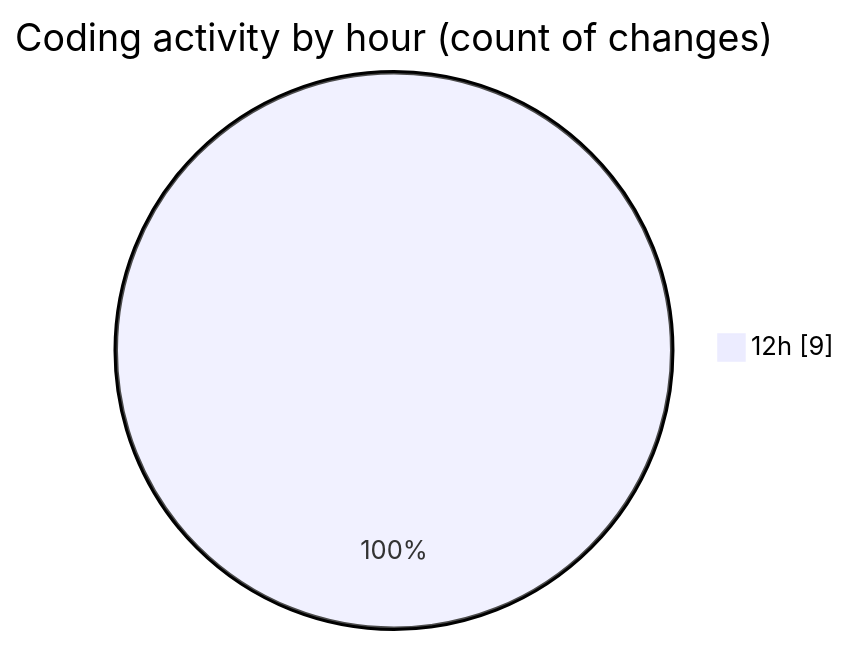
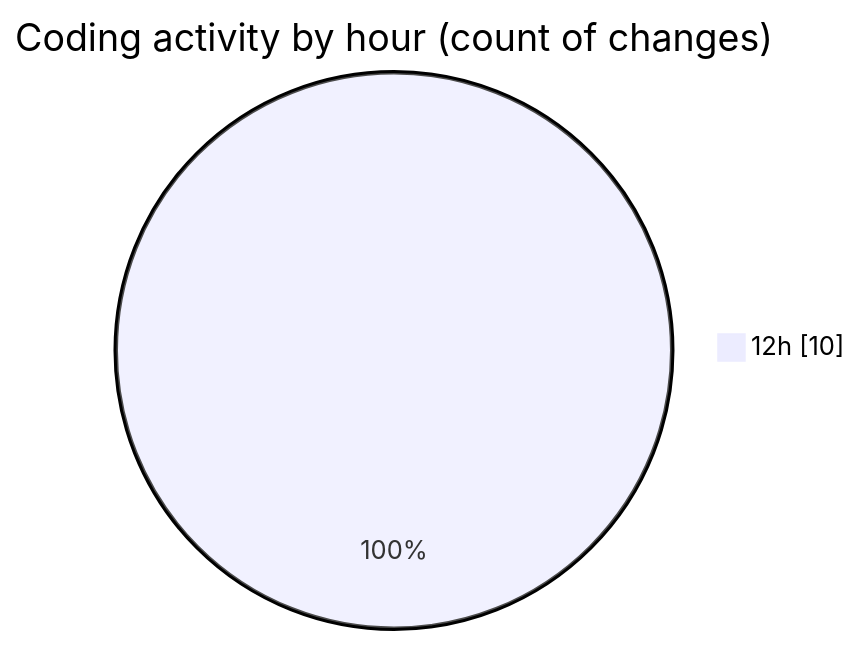
One commit to vahidmafi/code-tracking changed the second of 2 diagrams in 2025-09-16/www/README.md. Above: the diagram before and after it, drawn with Mermaid. The commit also changed other lines of this file and 1 other file, not shown here.

````diff
--- a/2025-09-16/www/README.md
+++ b/2025-09-16/www/README.md
@@ -31,5 +33,5 @@
 ```mermaid
 pie showData
 title Coding activity by hour (count of changes)
-"12h" : 9
+"12h" : 10
 ```
````
